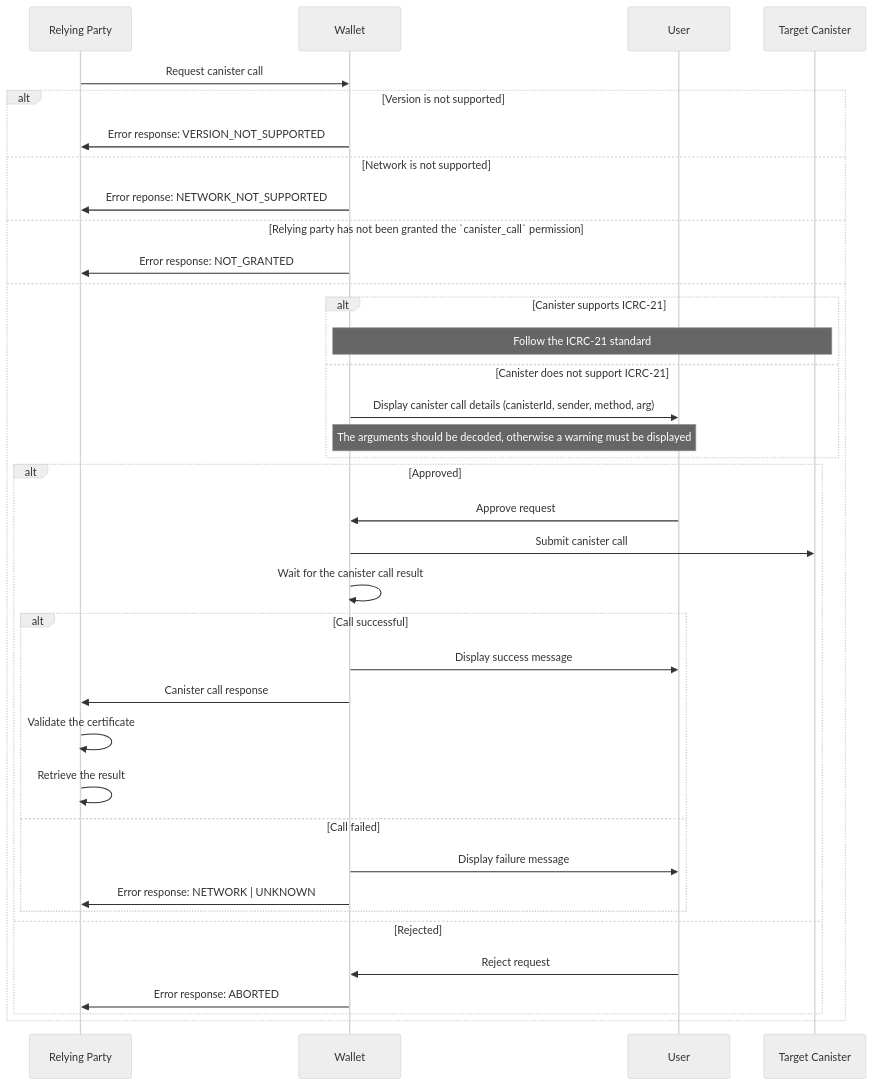
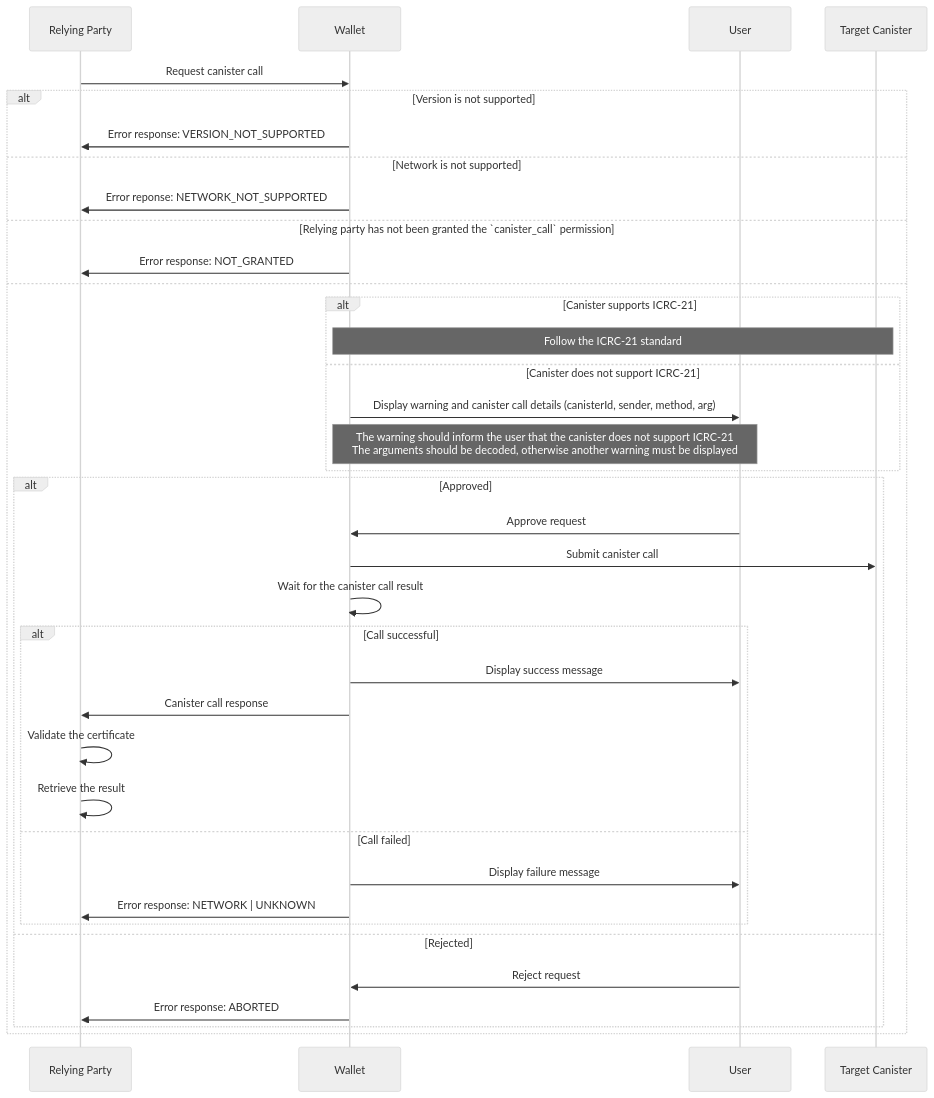
The second of 2 diagrams in topics/wallet-interaction-standard.md (dfinity/wg-identity-authentication), drawn with Mermaid (neutral theme) before and after one commit. The commit also changed other lines of this file, not shown here.

Commit message:
Stronger ICRC-21 support warning requirements

````diff
--- a/topics/wallet-interaction-standard.md
+++ b/topics/wallet-interaction-standard.md
@@ -209,40 +209,40 @@
 ```mermaid
 sequenceDiagram
     participant RP as Relying Party
     participant W as Wallet
     participant U as User
     participant C as Target Canister
 
     RP ->> W: Request canister call
     alt Version is not supported
         W ->> RP: Error response: VERSION_NOT_SUPPORTED
     else Network is not supported
         W ->> RP: Error reponse: NETWORK_NOT_SUPPORTED
     else Relying party has not been granted the `canister_call` permission
         W ->> RP: Error response: NOT_GRANTED
     else
         alt Canister supports ICRC-21
             Note over W,C: Follow the ICRC-21 standard
         else Canister does not support ICRC-21
-            W ->> U: Display canister call details (canisterId, sender, method, arg)
-            Note over W,U: The arguments should be decoded, otherwise a warning must be displayed
+            W ->> U: Display warning and canister call details (canisterId, sender, method, arg)
+            Note over W,U: The warning should inform the user that the canister does not support ICRC-21<br/>The arguments should be decoded, otherwise another warning must be displayed
         end
         alt Approved
             U ->> W: Approve request
             W ->> C: Submit canister call
             W ->> W: Wait for the canister call result
             alt Call successful
                 W ->> U: Display success message
                 W ->> RP: Canister call response
                 RP ->> RP: Validate the certificate
                 RP ->> RP: Retrieve the result
             else Call failed
                 W ->> U: Display failure message
                 W ->> RP: Error response: NETWORK | UNKNOWN
             end
         else Rejected
             U ->> W: Reject request
             W ->> RP: Error response: ABORTED
         end
     end
 ```
````
